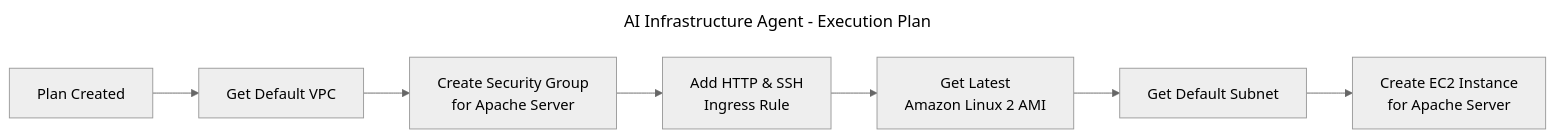
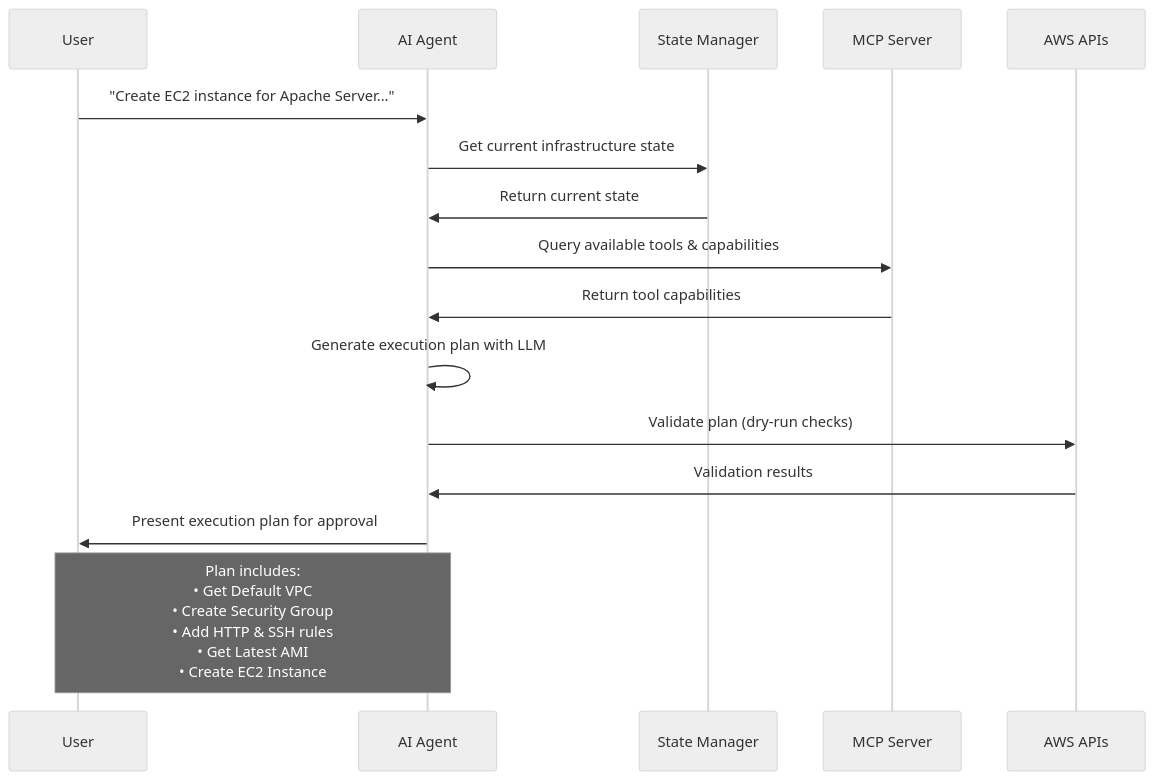
One commit to sines05/ai-agent-aws changed the diagram in README.md. Above: the diagram before and after it, drawn with Mermaid (neutral theme). The commit also changed other lines of this file and 1 other file, not shown here.

Commit message:
(docs): update diagram

````diff
--- a/README.md
+++ b/README.md
@@ -48,12 +47,20 @@
 ```mermaid
----
-title: AI Infrastructure Agent - Execution Plan
----
-flowchart LR
-    C[Plan Created] --> D[Get Default VPC]
-    D --> E[Create Security Group<br/>for Apache Server]
-    E --> F[Add HTTP & SSH<br/>Ingress Rule]
-    F --> H[Get Latest<br/>Amazon Linux 2 AMI]
-    H --> I[Get Default Subnet]
-    I --> J[Create EC2 Instance<br/>for Apache Server]
+sequenceDiagram
+    participant U as User
+    participant A as AI Agent
+    participant S as State Manager
+    participant M as MCP Server
+    participant AWS as AWS APIs
+    
+    U->>A: "Create EC2 instance for Apache Server..."
+    A->>S: Get current infrastructure state
+    S->>A: Return current state
+    A->>M: Query available tools & capabilities
+    M->>A: Return tool capabilities
+    A->>A: Generate execution plan with LLM
+    A->>AWS: Validate plan (dry-run checks)
+    AWS->>A: Validation results
+    A->>U: Present execution plan for approval
+    
+    Note over A,U: Plan includes:<br/>• Get Default VPC<br/>• Create Security Group<br/>• Add HTTP & SSH rules<br/>• Get Latest AMI<br/>• Create EC2 Instance
 ```
````
